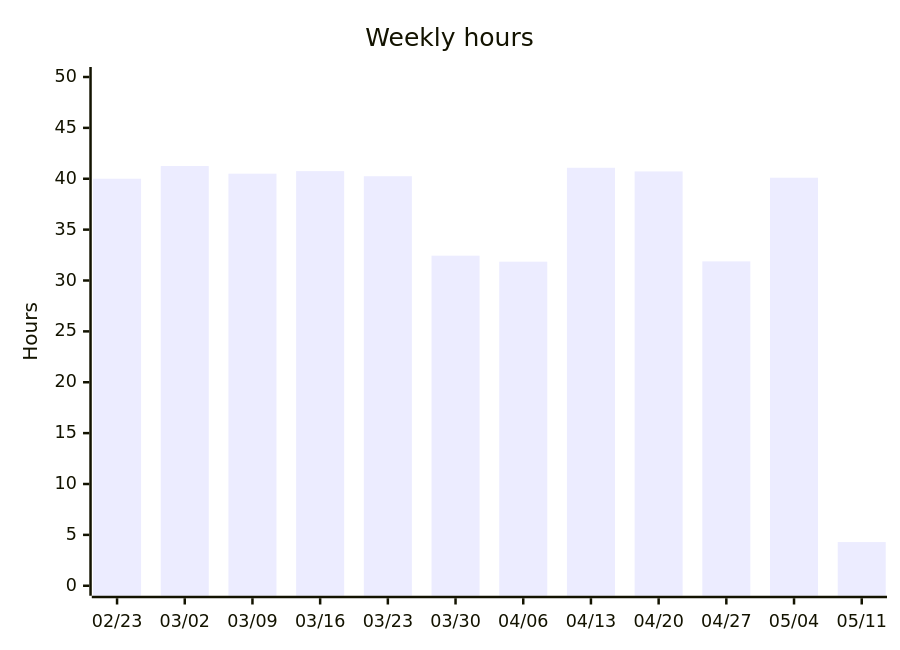
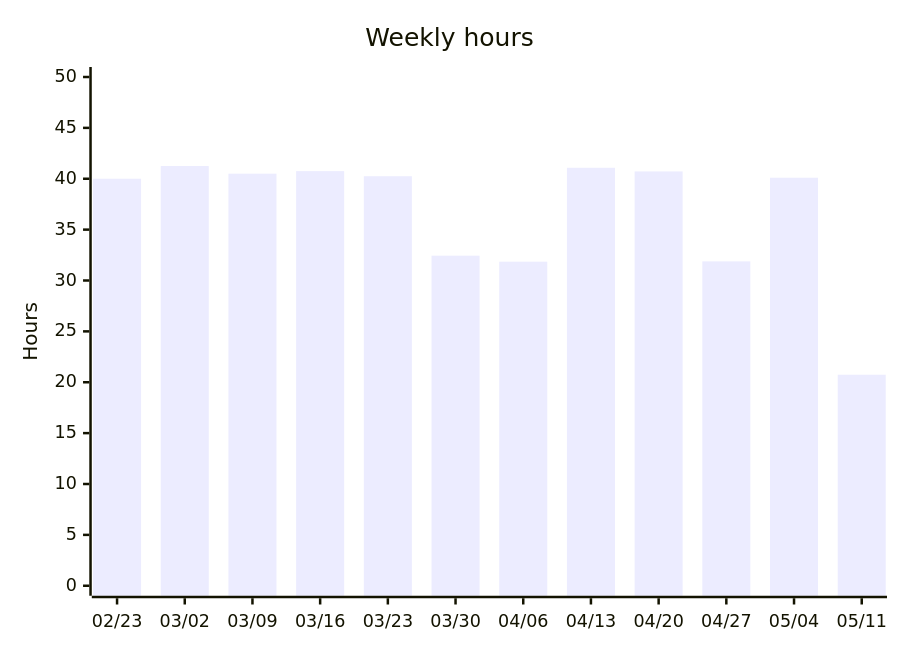
One commit to albinforsberg-netizen/timeclock changed the third of 5 diagrams in README.org. Above: the diagram before and after it, drawn with Mermaid. The commit also changed other lines of this file, not shown here.

```diff
--- a/README.org
+++ b/README.org
@@ -99,7 +99,7 @@
 #+begin_src mermaid
 xychart-beta
     title "Weekly hours"
     x-axis ["02/23", "03/02", "03/09", "03/16", "03/23", "03/30", "04/06", "04/13", "04/20", "04/27", "05/04", "05/11"]
     y-axis "Hours" 0 --> 50
-    bar [40.00, 41.25, 40.50, 40.75, 40.25, 32.44, 31.85, 41.08, 40.72, 31.88, 40.10, 4.29]
+    bar [40.00, 41.25, 40.50, 40.75, 40.25, 32.44, 31.85, 41.08, 40.72, 31.88, 40.10, 20.74]
 #+end_src
```
